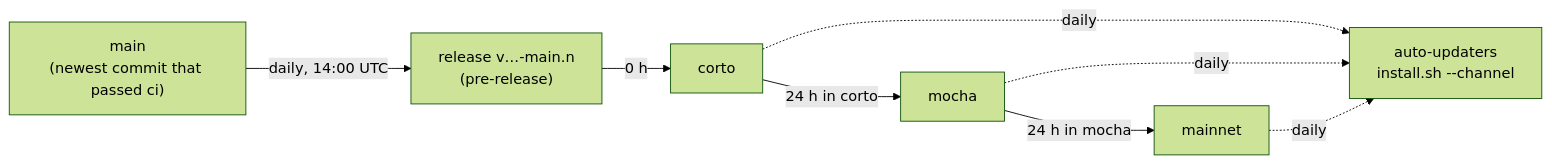
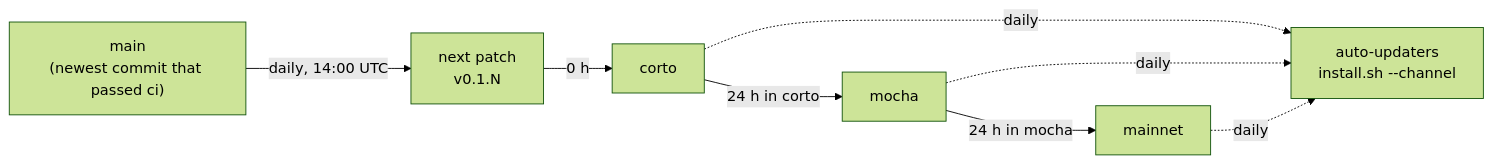
One commit to celestiaorg/celestia-rs changed the diagram in docs/releasing.md. Above: the diagram before and after it, drawn with Mermaid (forest theme). The commit also changed other lines of this file and 9 other files, not shown here.

First line of the commit message:
feat(release): daily releases are plain semver patches (v0.1.0, v0.1.1, ...); no release candidates

````diff
--- a/docs/releasing.md
+++ b/docs/releasing.md
@@ -26,8 +28,8 @@
 ```mermaid
 flowchart LR
-  main["main<br/>(newest commit that passed ci)"] -->|daily, 14:00 UTC| rel["release v…-main.n<br/>(pre-release)"]
+  main["main<br/>(newest commit that passed ci)"] -->|daily, 14:00 UTC| rel["next patch<br/>v0.1.N"]
   rel -->|0 h| corto
   corto -->|24 h in corto| mocha
   mocha -->|24 h in mocha| mainnet
   corto & mocha & mainnet -.->|daily| nodes[auto-updaters<br/>install.sh --channel]
 ```
````
